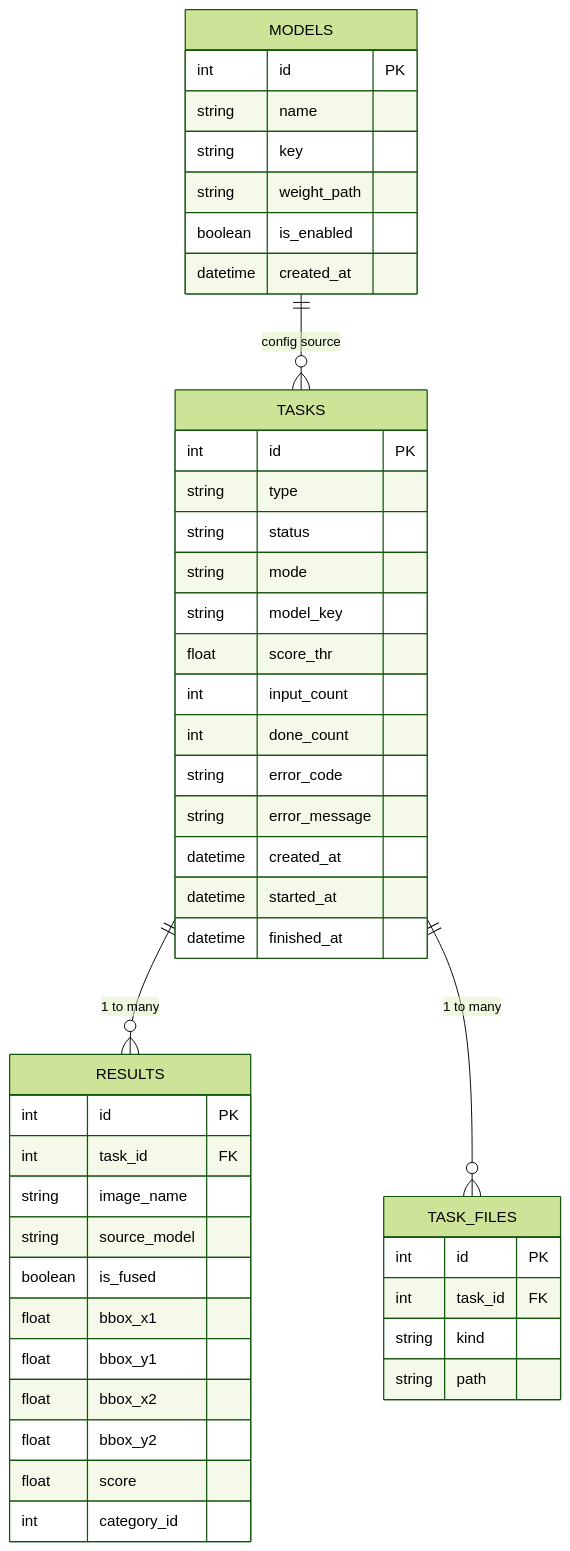
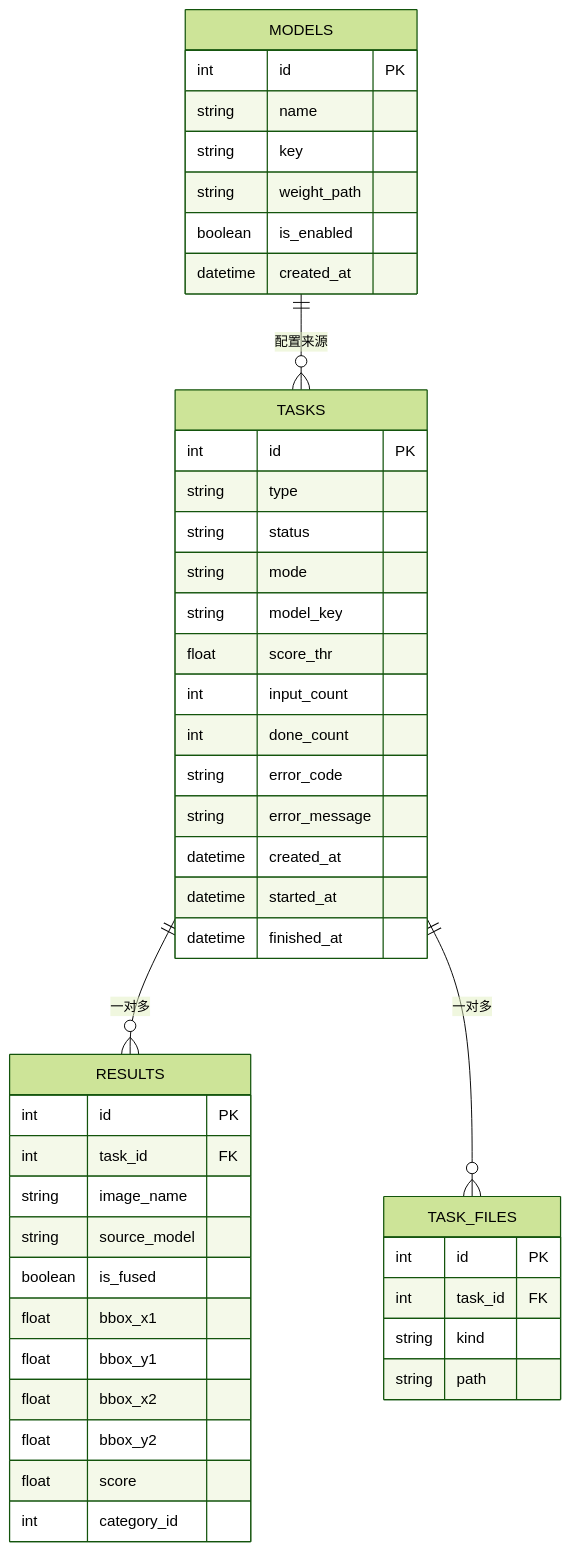
One commit to kkkhs/graduation_project changed the ninth of 9 diagrams in thesis_figures_guide.md. Above: the diagram before and after it, drawn with Mermaid (forest theme). The commit also changed other lines of this file and 11 other files, not shown here.

First line of the commit message:
docs: 翻译 thesis_figures_guide.md 所有 Mermaid 节点为中文

````diff
--- a/thesis_figures_guide.md
+++ b/thesis_figures_guide.md
@@ -205,52 +205,52 @@
 ```mermaid
 erDiagram
-    MODELS ||--o{ TASKS : "config source"
-    TASKS ||--o{ RESULTS : "1 to many"
-    TASKS ||--o{ TASK_FILES : "1 to many"
+    MODELS ||--o{ TASKS : "配置来源"
+    TASKS ||--o{ RESULTS : "一对多"
+    TASKS ||--o{ TASK_FILES : "一对多"
 
     MODELS {
         int id PK
         string name
         string key
         string weight_path
         boolean is_enabled
         datetime created_at
     }
 
     TASKS {
         int id PK
         string type
         string status
         string mode
         string model_key
         float score_thr
         int input_count
         int done_count
         string error_code
         string error_message
         datetime created_at
         datetime started_at
         datetime finished_at
     }
 
     RESULTS {
         int id PK
         int task_id FK
         string image_name
         string source_model
         boolean is_fused
         float bbox_x1
         float bbox_y1
         float bbox_x2
         float bbox_y2
         float score
         int category_id
     }
 
     TASK_FILES {
         int id PK
         int task_id FK
         string kind
         string path
     }
 ```
````
